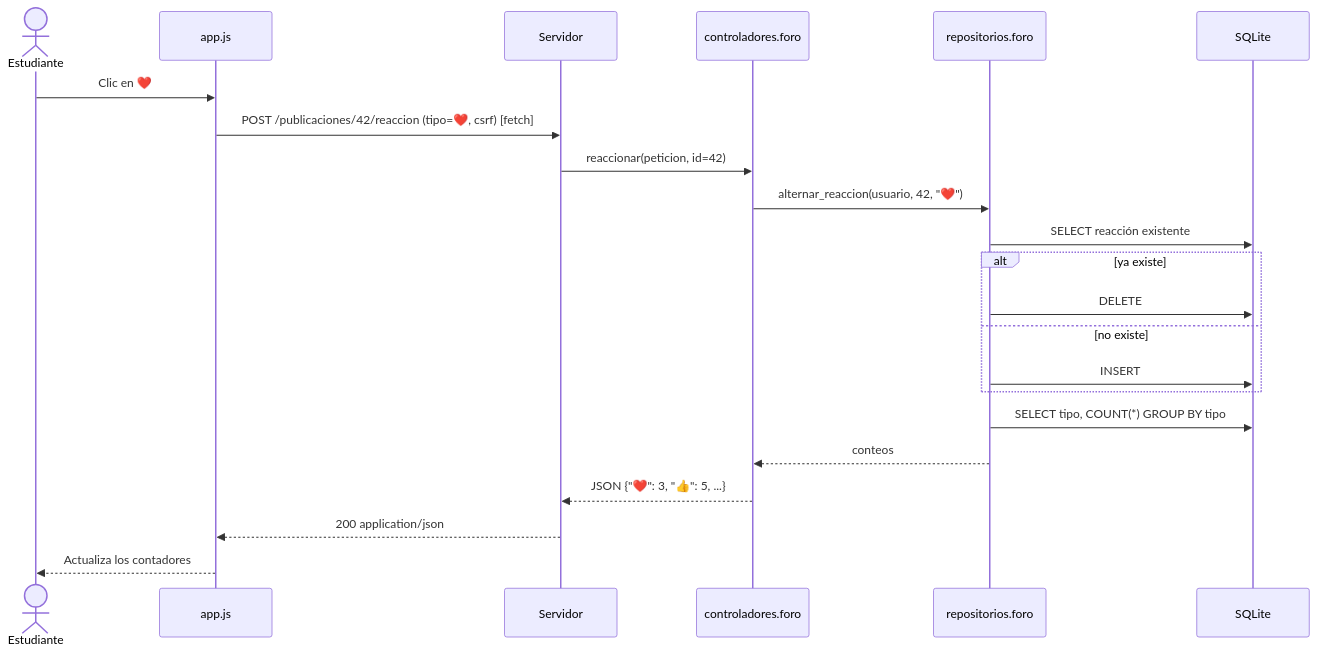
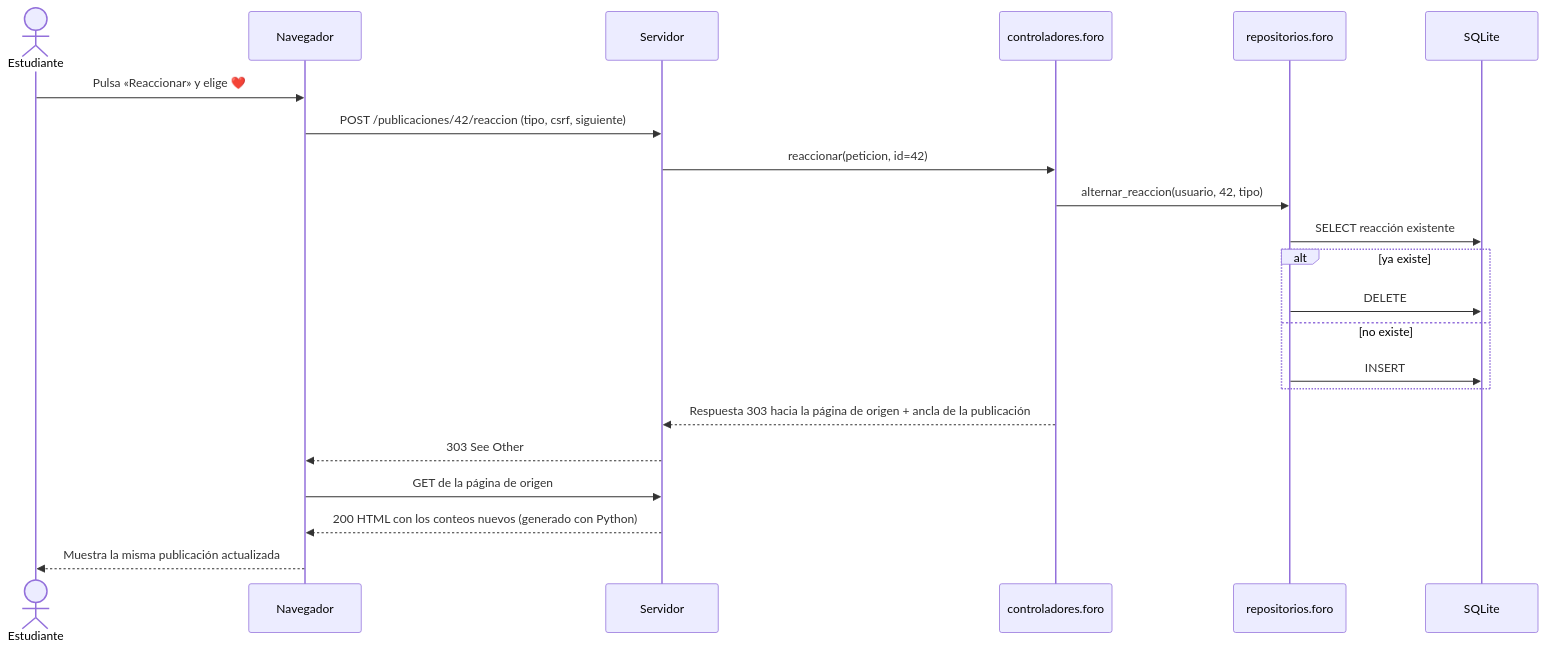
One commit to Lis-carl/Vortex_club-s changed the fifth of 11 diagrams in docs/04_modelado_uml.md. Above: the diagram before and after it, drawn with Mermaid. The commit also changed other lines of this file and 61 other files, not shown here.

````diff
--- a/docs/04_modelado_uml.md
+++ b/docs/04_modelado_uml.md
@@ -306,25 +308,25 @@
 ```mermaid
 sequenceDiagram
     actor U as Estudiante
-    participant JS as app.js
+    participant N as Navegador
     participant S as Servidor
     participant F as controladores.foro
     participant Rp as repositorios.foro
     participant BD as SQLite
 
-    U->>JS: Clic en ❤️
-    JS->>S: POST /publicaciones/42/reaccion (tipo=❤️, csrf) [fetch]
+    U->>N: Pulsa «Reaccionar» y elige ❤️
+    N->>S: POST /publicaciones/42/reaccion (tipo, csrf, siguiente)
     S->>F: reaccionar(peticion, id=42)
-    F->>Rp: alternar_reaccion(usuario, 42, "❤️")
+    F->>Rp: alternar_reaccion(usuario, 42, tipo)
     Rp->>BD: SELECT reacción existente
     alt ya existe
         Rp->>BD: DELETE
     else no existe
         Rp->>BD: INSERT
     end
-    Rp->>BD: SELECT tipo, COUNT(*) GROUP BY tipo
-    Rp-->>F: conteos
-    F-->>S: JSON {"❤️": 3, "👍": 5, ...}
-    S-->>JS: 200 application/json
-    JS-->>U: Actualiza los contadores
+    F-->>S: Respuesta 303 hacia la página de origen + ancla de la publicación
+    S-->>N: 303 See Other
+    N->>S: GET de la página de origen
+    S-->>N: 200 HTML con los conteos nuevos (generado con Python)
+    N-->>U: Muestra la misma publicación actualizada
 ```
````
